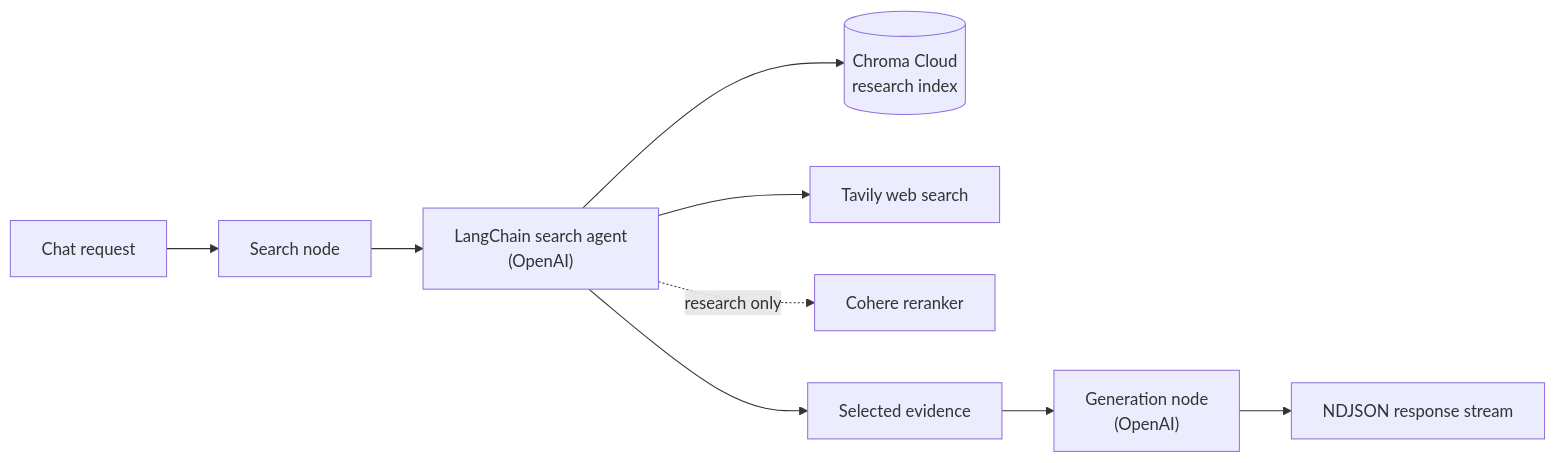
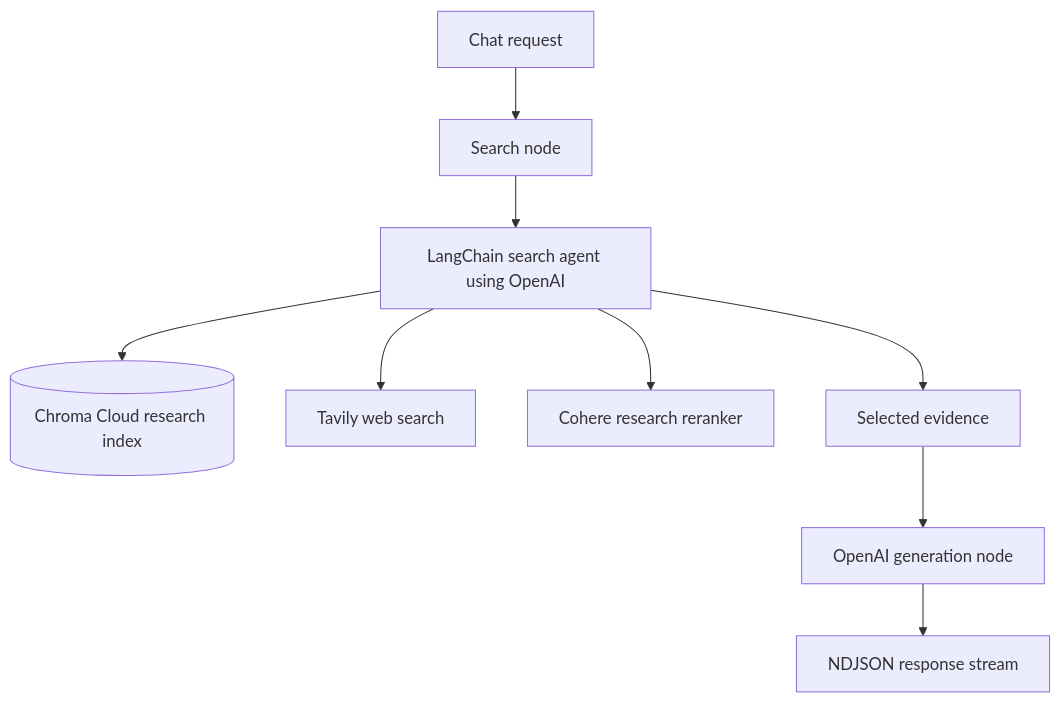
Before and after one commit to xurichard19/strength-and-conditioning-rag: the second of 3 diagrams in README.md, drawn with Mermaid. The commit also changed other lines of this file, not shown here.

First line of the commit message:
Refresh README architecture diagrams

````diff
--- a/README.md
+++ b/README.md
@@ -29,11 +27,11 @@
 ```mermaid
-flowchart LR
+flowchart TB
     Request["Chat request"] --> Search["Search node"]
-    Search --> Agent["LangChain search agent<br/>(OpenAI)"]
-    Agent --> Chroma[("Chroma Cloud<br/>research index")]
+    Search --> Agent["LangChain search agent using OpenAI"]
+    Agent --> Chroma[("Chroma Cloud research index")]
     Agent --> Tavily["Tavily web search"]
-    Agent -. "research only" .-> Cohere["Cohere reranker"]
+    Agent --> Cohere["Cohere research reranker"]
     Agent --> Evidence["Selected evidence"]
-    Evidence --> Generate["Generation node<br/>(OpenAI)"]
+    Evidence --> Generate["OpenAI generation node"]
     Generate --> Stream["NDJSON response stream"]
 ```
````
